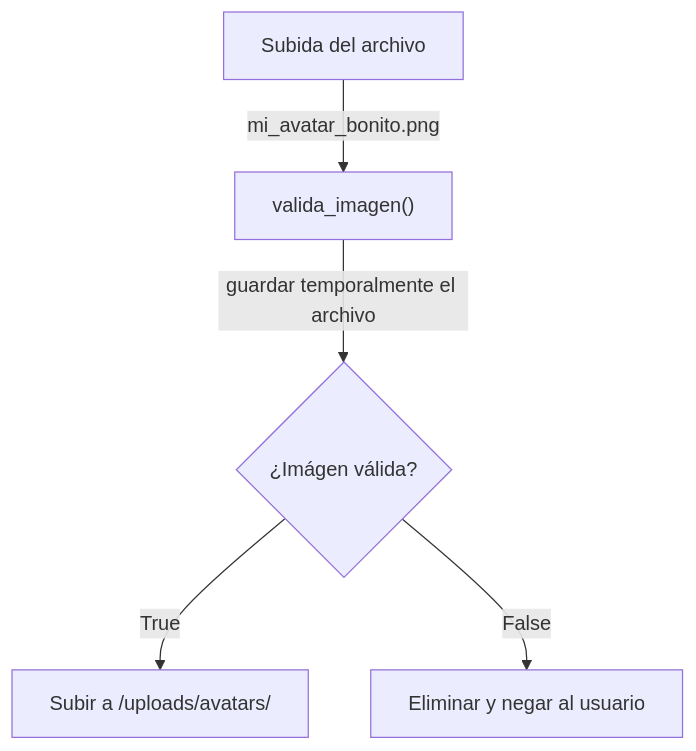
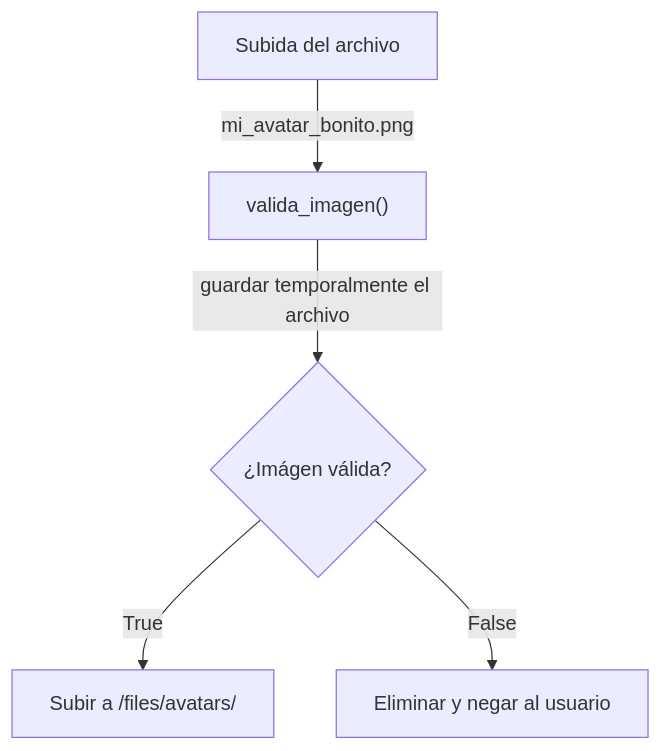
One commit to frogb1t/frogb1t.github.io changed the first of 2 diagrams in _posts/cves/2026-11-20-CVE-2026-25728.md. Above: the diagram before and after it, drawn with Mermaid. The commit also changed other lines of this file and 3 other files, not shown here.

````diff
--- a/_posts/cves/2026-11-20-CVE-2026-25728.md
+++ b/_posts/cves/2026-11-20-CVE-2026-25728.md
@@ -29,11 +29,11 @@
 ```mermaid
 flowchart TD
     A["Subida del archivo"]
     A-->|mi_avatar_bonito.png|B["valida_imagen()"]
 
 
     B-->|guardar temporalmente el archivo|C{"¿Imágen válida?"}
 
-    C-->|True|D["Subir a /uploads/avatars/"]
+    C-->|True|D["Subir a /files/avatars/"]
     C-->|False|E["Eliminar y negar al usuario"]
 ```
````
